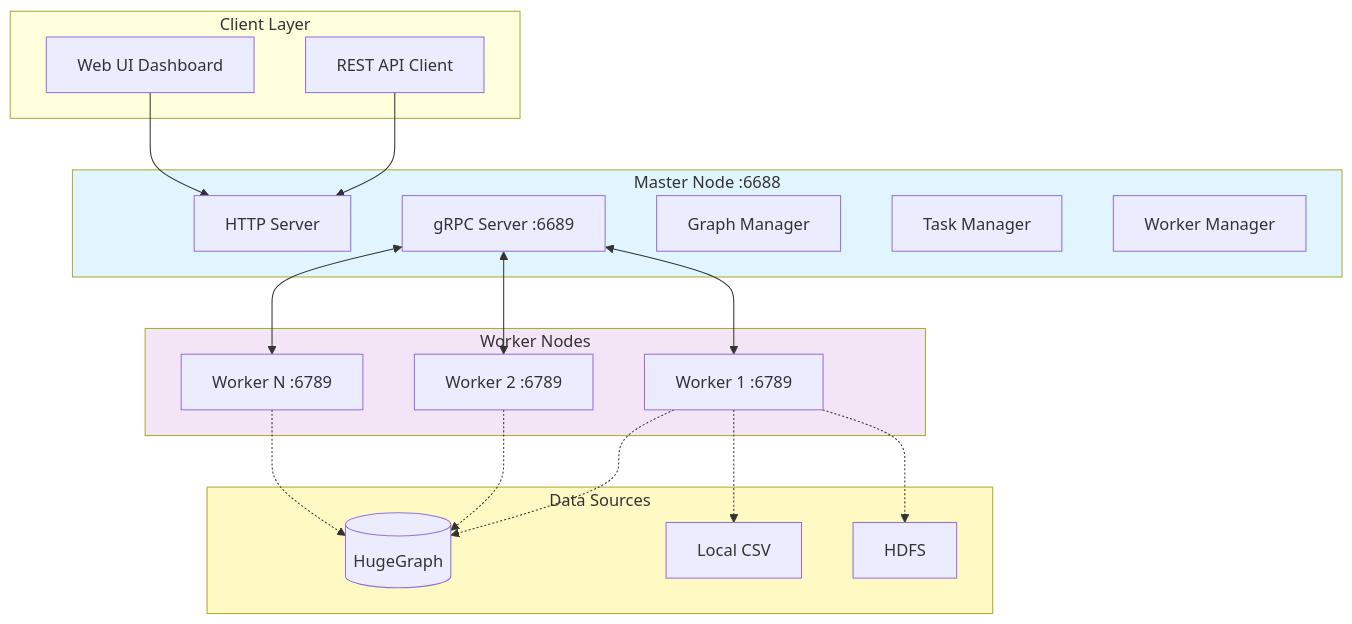
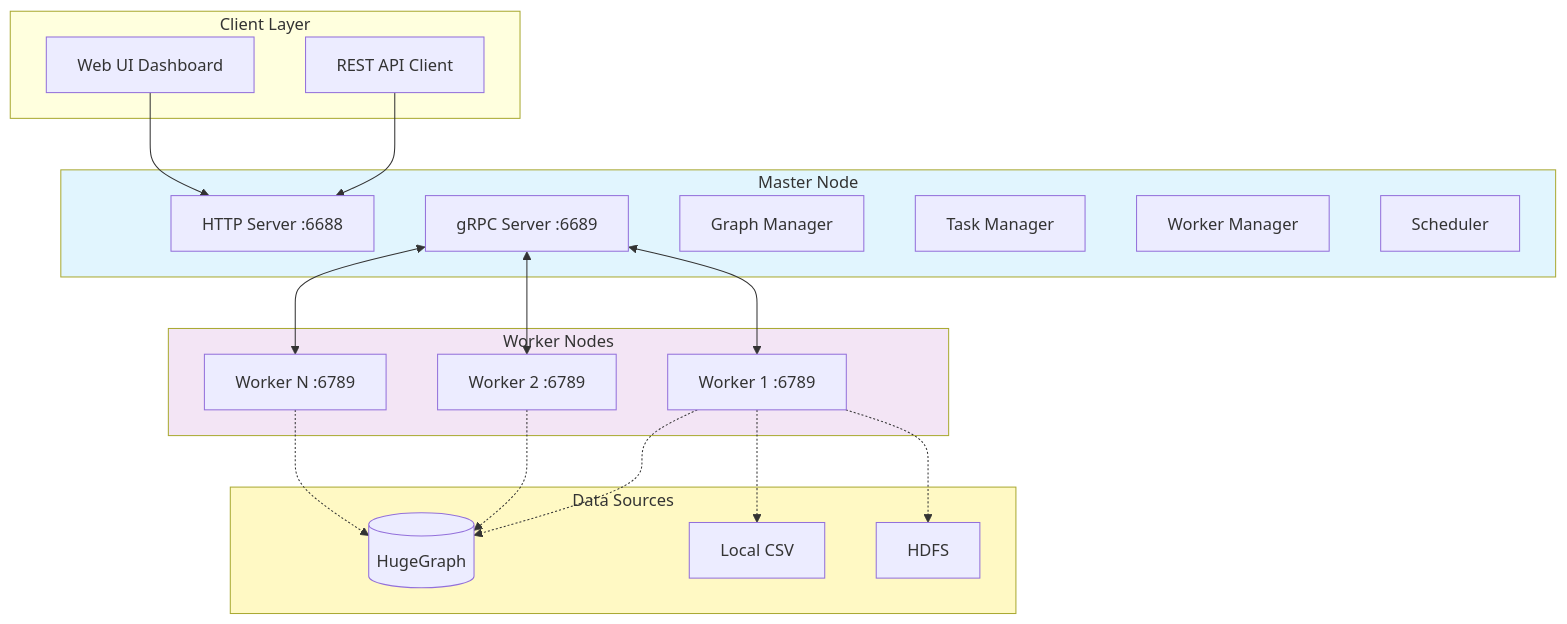
Before and after one commit to apache/incubator-hugegraph-computer: the second of 2 diagrams in README.md, drawn with Mermaid. The commit also changed other lines of this file and 3 other files, not shown here.

````diff
--- a/README.md
+++ b/README.md
@@ -56,43 +56,44 @@
 ```mermaid
 graph TB
     subgraph Client["Client Layer"]
         API[REST API Client]
         UI[Web UI Dashboard]
     end
 
-    subgraph Master["Master Node :6688"]
-        HTTP[HTTP Server]
+    subgraph Master["Master Node"]
+        HTTP[HTTP Server :6688]
         GRPC_M[gRPC Server :6689]
         GM[Graph Manager]
         TM[Task Manager]
         WM[Worker Manager]
+        SCH[Scheduler]
     end
 
     subgraph Workers["Worker Nodes"]
         W1[Worker 1 :6789]
         W2[Worker 2 :6789]
         W3[Worker N :6789]
     end
 
     subgraph DataSources["Data Sources"]
         HG[(HugeGraph)]
         CSV[Local CSV]
         HDFS[HDFS]
     end
 
     API --> HTTP
     UI --> HTTP
     GRPC_M <--> W1
     GRPC_M <--> W2
     GRPC_M <--> W3
 
     W1 -.-> HG
     W2 -.-> HG
     W3 -.-> HG
     W1 -.-> CSV
     W1 -.-> HDFS
 
     style Master fill:#e1f5fe
     style Workers fill:#f3e5f5
     style DataSources fill:#fff9c4
 ```
````
